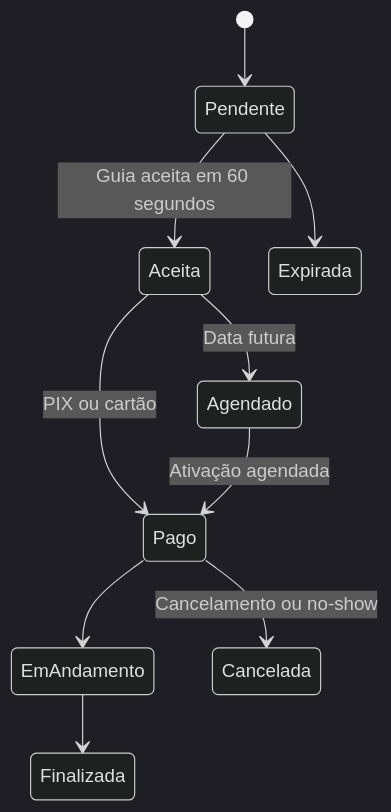
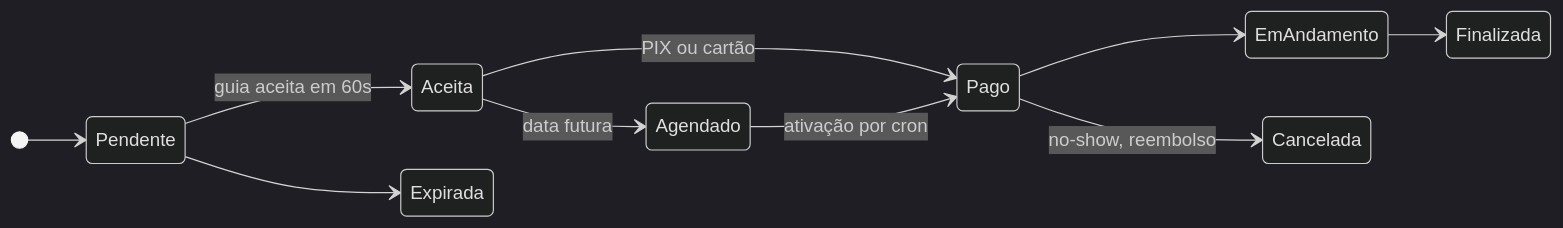
The second of 2 diagrams in README.md (vanngilha/vanngilha), drawn with Mermaid (dark theme) before and after one commit. The commit also changed other lines of this file, not shown here.

Commit message:
docs: refina README (fluxo com skills, sem travessões, diagrama na horizontal)

````diff
--- a/README.md
+++ b/README.md
@@ -139,12 +105,13 @@
 ```mermaid
 stateDiagram-v2
+    direction LR
     [*] --> Pendente
-    Pendente --> Aceita: Guia aceita em 60 segundos
+    Pendente --> Aceita: guia aceita em 60s
     Pendente --> Expirada
     Aceita --> Pago: PIX ou cartão
-    Aceita --> Agendado: Data futura
-    Agendado --> Pago: Ativação agendada
+    Aceita --> Agendado: data futura
+    Agendado --> Pago: ativação por cron
     Pago --> EmAndamento
     EmAndamento --> Finalizada
-    Pago --> Cancelada: Cancelamento ou no-show
+    Pago --> Cancelada: no-show, reembolso
 ```
````
